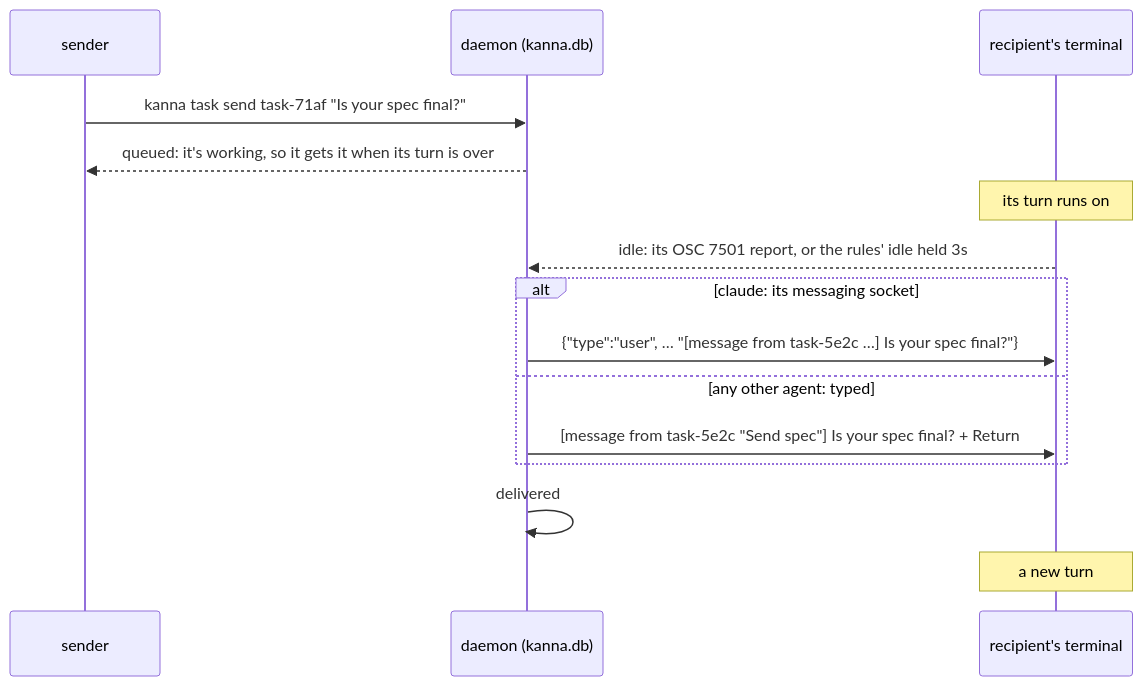
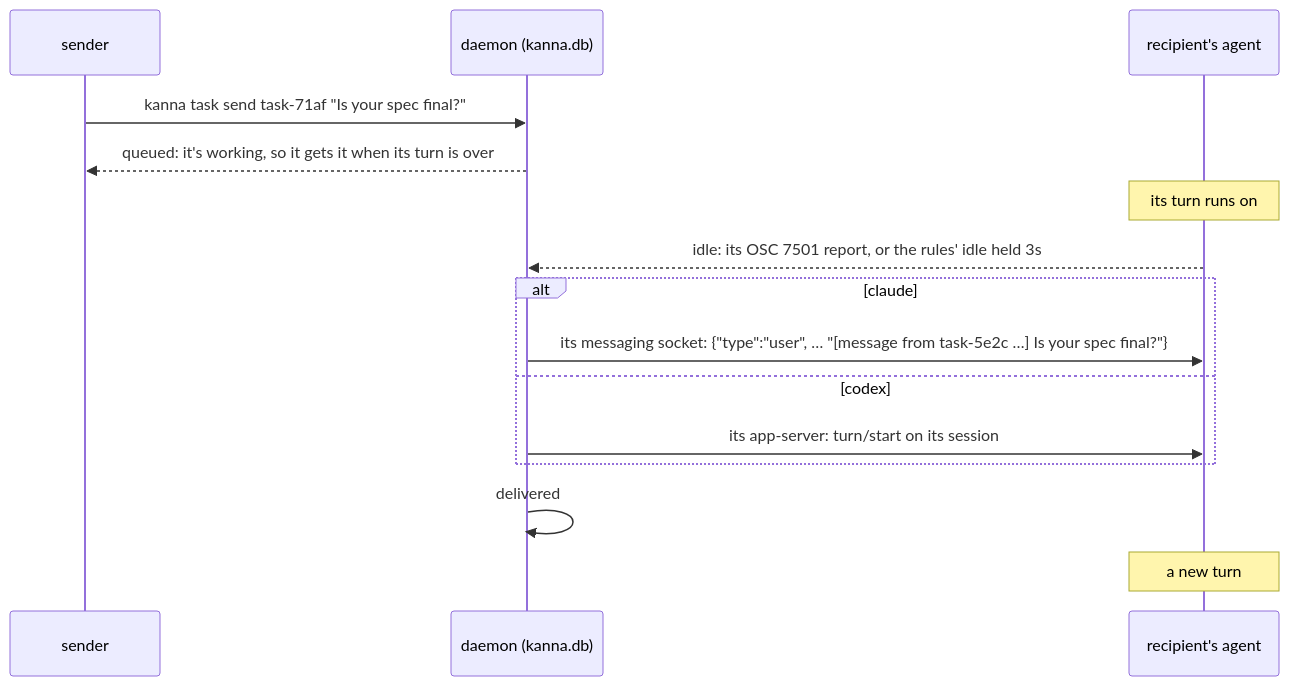
One commit to tampopogk/kanna changed the second of 3 diagrams in docs/specs/agent-messaging.md. Above: the diagram before and after it, drawn with Mermaid. The commit also changed other lines of this file and 17 other files, not shown here.

````diff
--- a/docs/specs/agent-messaging.md
+++ b/docs/specs/agent-messaging.md
@@ -34,17 +34,17 @@
 ```mermaid
 sequenceDiagram
     participant S as sender
     participant D as daemon (kanna.db)
-    participant T as recipient's terminal
+    participant T as recipient's agent
     S->>D: kanna task send task-71af "Is your spec final?"
     D-->>S: queued: it's working, so it gets it when its turn is over
     Note over T: its turn runs on
     T-->>D: idle: its OSC 7501 report, or the rules' idle held 3s
-    alt claude: its messaging socket
-        D->>T: {"type":"user", … "[message from task-5e2c …] Is your spec final?"}
-    else any other agent: typed
-        D->>T: [message from task-5e2c "Send spec"] Is your spec final? + Return
+    alt claude
+        D->>T: its messaging socket: {"type":"user", … "[message from task-5e2c …] Is your spec final?"}
+    else codex
+        D->>T: its app-server: turn/start on its session
     end
     D->>D: delivered
     Note over T: a new turn
 ```
````
